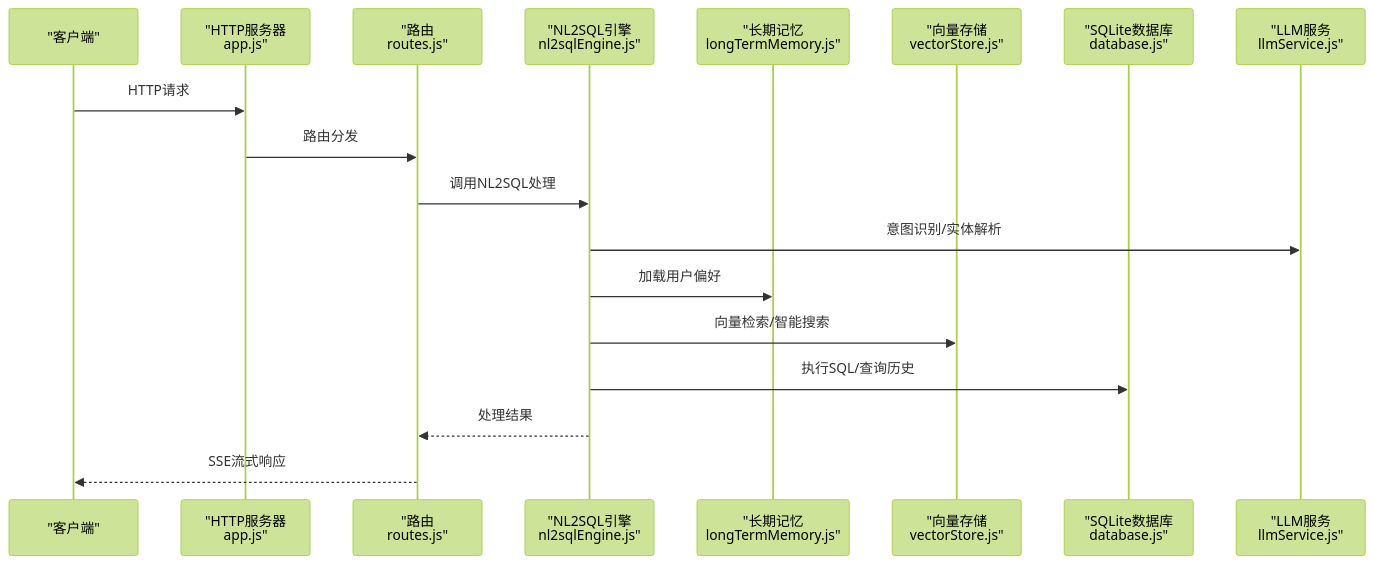
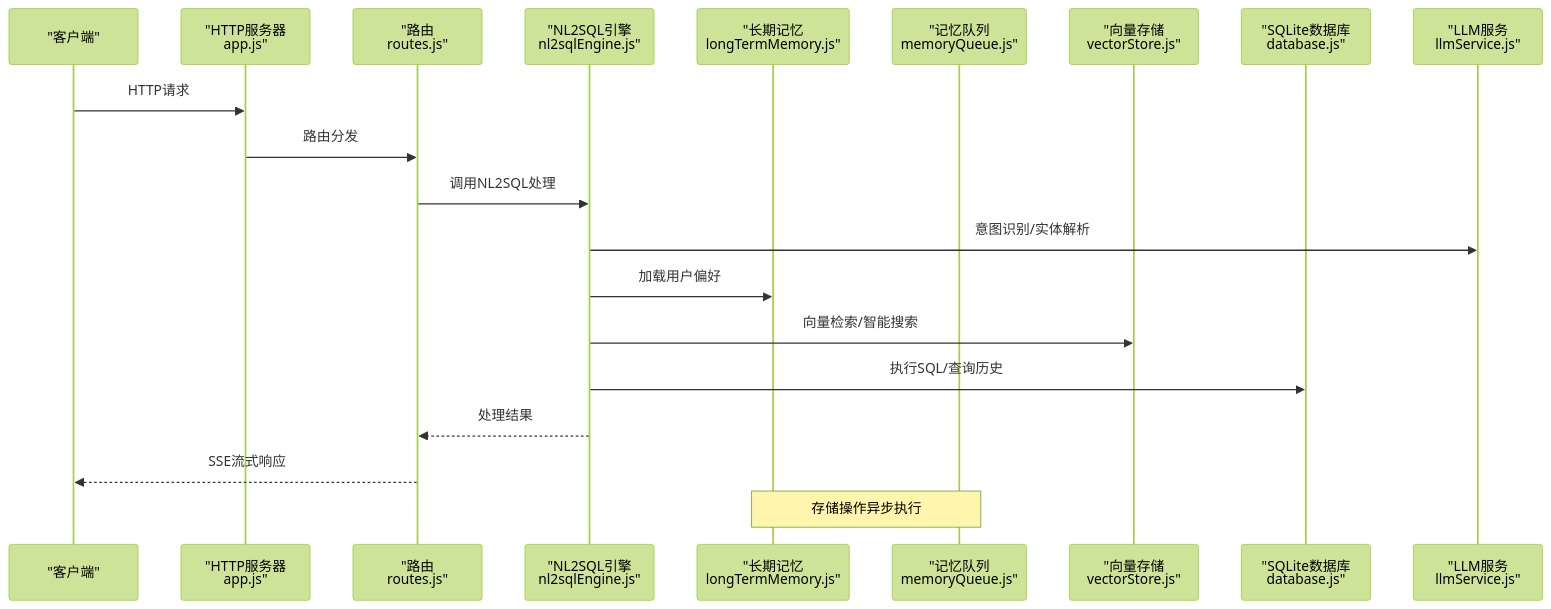
One commit to HanHuiOnLine/724-office changed the second of 12 diagrams in .qoder/repowiki/zh/content/Performance Optimization.md. Above: the diagram before and after it, drawn with Mermaid (forest theme). The commit also changed other lines of this file and 7 other files, not shown here.

````diff
--- a/.qoder/repowiki/zh/content/Performance Optimization.md
+++ b/.qoder/repowiki/zh/content/Performance Optimization.md
@@ -139,20 +160,22 @@
 ```mermaid
 sequenceDiagram
 participant Client as "客户端"
 participant Server as "HTTP服务器<br/>app.js"
 participant Routes as "路由<br/>routes.js"
 participant Engine as "NL2SQL引擎<br/>nl2sqlEngine.js"
 participant LTM as "长期记忆<br/>longTermMemory.js"
+participant MQ as "记忆队列<br/>memoryQueue.js"
 participant VS as "向量存储<br/>vectorStore.js"
 participant DB as "SQLite数据库<br/>database.js"
 participant LLM as "LLM服务<br/>llmService.js"
 Client->>Server : HTTP请求
 Server->>Routes : 路由分发
 Routes->>Engine : 调用NL2SQL处理
 Engine->>LLM : 意图识别/实体解析
 Engine->>LTM : 加载用户偏好
 Engine->>VS : 向量检索/智能搜索
 Engine->>DB : 执行SQL/查询历史
 Engine-->>Routes : 处理结果
 Routes-->>Client : SSE流式响应
+Note over LTM,MQ : 存储操作异步执行
 ```
````
